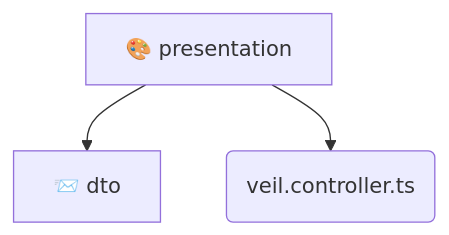
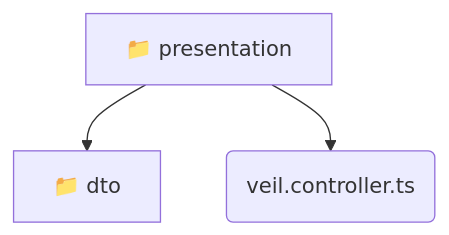
The diagram in backend/src/modules/veil/presentation/README.md (beginwebdev2002/fullstack-mavluda), drawn with Mermaid before and after one commit. The commit also changed other lines of this file and 155 other files, not shown here.

````diff
--- a/backend/src/modules/veil/presentation/README.md
+++ b/backend/src/modules/veil/presentation/README.md
@@ -9,6 +9,6 @@
 ```mermaid
 graph TD
-  presentation[🎨 presentation]
-  presentation --> dto[📨 dto]
-  presentation --> veil_controller_ts(veil.controller.ts)
+  presentation[📁 presentation]
+  presentation --> presentation_dto[📁 dto]
+  presentation --> presentation_veil_controller_ts(veil.controller.ts)
 ```
````
